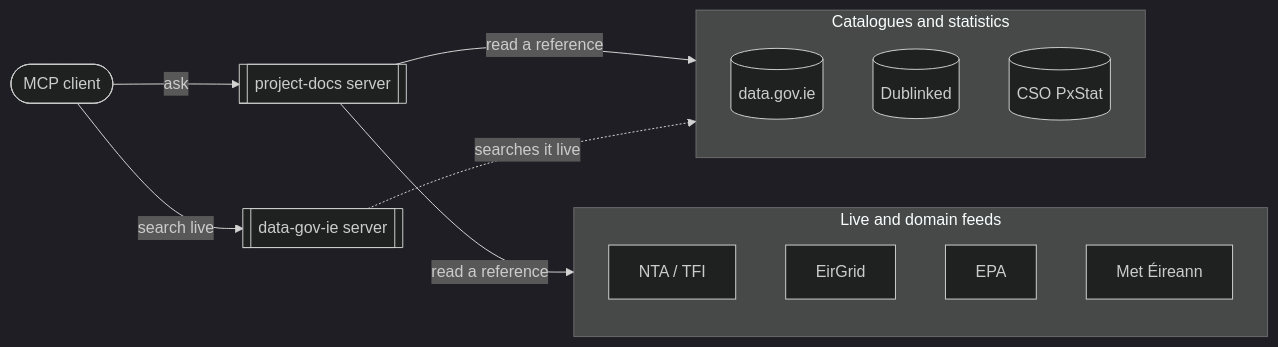
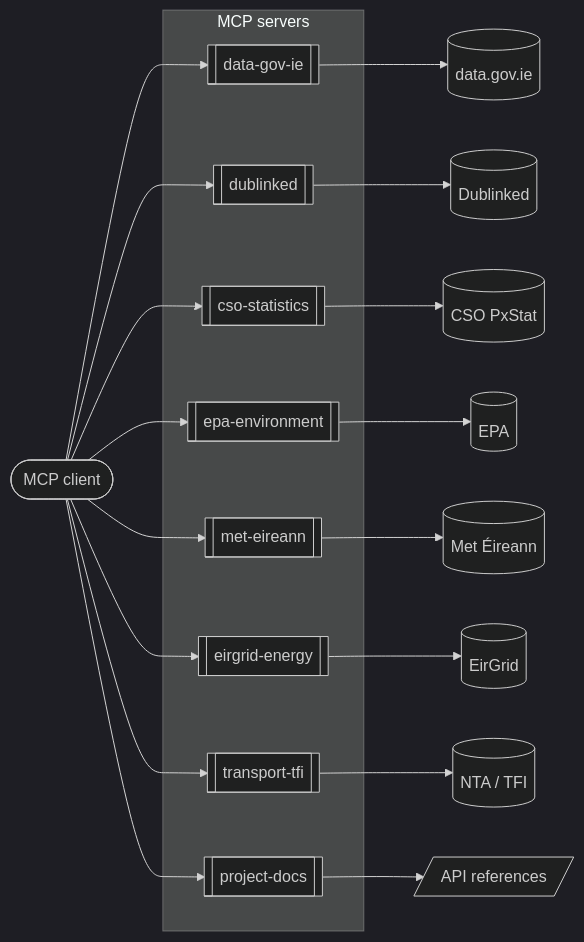
One commit to BrunoAlencar/mcp-build-for-ireland changed the diagram in README.md. Above: the diagram before and after it, drawn with Mermaid (dark theme). The commit also changed other lines of this file and 22 other files, not shown here.

First line of the commit message:
Add live MCP servers for six Irish public data providers

````diff
--- a/README.md
+++ b/README.md
@@ -7,33 +7,43 @@
 ```mermaid
 flowchart LR
-    client([MCP client]) -- ask --> docs[[project-docs server]]
-    client -- search live --> dg[[data-gov-ie server]]
+    client([MCP client])
 
-    subgraph cat [Catalogues and statistics]
-        datagov[(data.gov.ie)]
-        dublinked[(Dublinked)]
-        cso[(CSO PxStat)]
+    subgraph servers [MCP servers]
+        dg[[data-gov-ie]]
+        dub[[dublinked]]
+        csos[[cso-statistics]]
+        epas[[epa-environment]]
+        mets[[met-eireann]]
+        eir[[eirgrid-energy]]
+        tfi[[transport-tfi]]
+        docs[[project-docs]]
     end
 
-    subgraph feeds [Live and domain feeds]
-        nta[NTA / TFI]
-        eirgrid[EirGrid]
-        epa[EPA]
-        met[Met Éireann]
-    end
+    client --> dg & dub & csos & epas & mets & eir & tfi & docs
 
-    docs -- read a reference --> cat
-    docs -- read a reference --> feeds
-    dg -. searches it live .-> cat
+    dg --> datagov[(data.gov.ie)]
+    dub --> dublinked[(Dublinked)]
+    csos --> cso[(CSO PxStat)]
+    epas --> epa[(EPA)]
+    mets --> met[(Met Éireann)]
+    eir --> eirgrid[(EirGrid)]
+    tfi --> nta[(NTA / TFI)]
+    docs --> refs[/API references/]
 
-    click client href "https://github.com/BrunoAlencar/mcp-build-for-ireland/blob/main/docs/mcp-guide.md#run-locally" "How to connect an MCP client"
+    click dg href "https://github.com/BrunoAlencar/mcp-build-for-ireland/blob/main/docs/mcp-guide.md#available-now-data-gov-ie" "data-gov-ie tools"
+    click dub href "https://github.com/BrunoAlencar/mcp-build-for-ireland/blob/main/docs/mcp-guide.md#available-now-dublinked" "dublinked tools"
+    click csos href "https://github.com/BrunoAlencar/mcp-build-for-ireland/blob/main/docs/mcp-guide.md#available-now-cso-statistics" "cso-statistics tools"
+    click epas href "https://github.com/BrunoAlencar/mcp-build-for-ireland/blob/main/docs/mcp-guide.md#available-now-epa-environment" "epa-environment tools"
+    click mets href "https://github.com/BrunoAlencar/mcp-build-for-ireland/blob/main/docs/mcp-guide.md#available-now-met-eireann" "met-eireann tools"
+    click eir href "https://github.com/BrunoAlencar/mcp-build-for-ireland/blob/main/docs/mcp-guide.md#available-now-eirgrid-energy" "eirgrid-energy tools"
+    click tfi href "https://github.com/BrunoAlencar/mcp-build-for-ireland/blob/main/docs/mcp-guide.md#available-now-transport-tfi" "transport-tfi tools"
     click docs href "https://github.com/BrunoAlencar/mcp-build-for-ireland/blob/main/docs/mcp-guide.md#available-now-project-docs" "project-docs tools"
-    click dg href "https://github.com/BrunoAlencar/mcp-build-for-ireland/blob/main/docs/mcp-guide.md#available-now-data-gov-ie" "data-gov-ie tools"
     click datagov href "https://github.com/BrunoAlencar/mcp-build-for-ireland/blob/main/docs/apis/data-gov-ie.md" "data.gov.ie API reference"
     click dublinked href "https://github.com/BrunoAlencar/mcp-build-for-ireland/blob/main/docs/apis/dublinked.md" "Dublinked API reference"
     click cso href "https://github.com/BrunoAlencar/mcp-build-for-ireland/blob/main/docs/apis/cso-pxstat.md" "CSO PxStat API reference"
+    click epa href "https://github.com/BrunoAlencar/mcp-build-for-ireland/blob/main/docs/apis/epa.md" "EPA API reference"
+    click met href "https://github.com/BrunoAlencar/mcp-build-for-ireland/blob/main/docs/apis/met-eireann.md" "Met Éireann API reference"
+    click eirgrid href "https://github.com/BrunoAlencar/mcp-build-for-ireland/blob/main/docs/apis/eirgrid.md" "EirGrid API reference"
     click nta href "https://github.com/BrunoAlencar/mcp-build-for-ireland/blob/main/docs/apis/nta-tfi.md" "NTA / TFI API reference"
-    click eirgrid href "https://github.com/BrunoAlencar/mcp-build-for-ireland/blob/main/docs/apis/eirgrid.md" "EirGrid reference"
-    click epa href "https://github.com/BrunoAlencar/mcp-build-for-ireland/blob/main/docs/apis/epa.md" "EPA API reference"
-    click met href "https://github.com/BrunoAlencar/mcp-build-for-ireland/blob/main/docs/apis/met-eireann.md" "Met Éireann reference"
+    click refs href "https://github.com/BrunoAlencar/mcp-build-for-ireland/tree/main/docs/apis" "API references"
 ```
````
